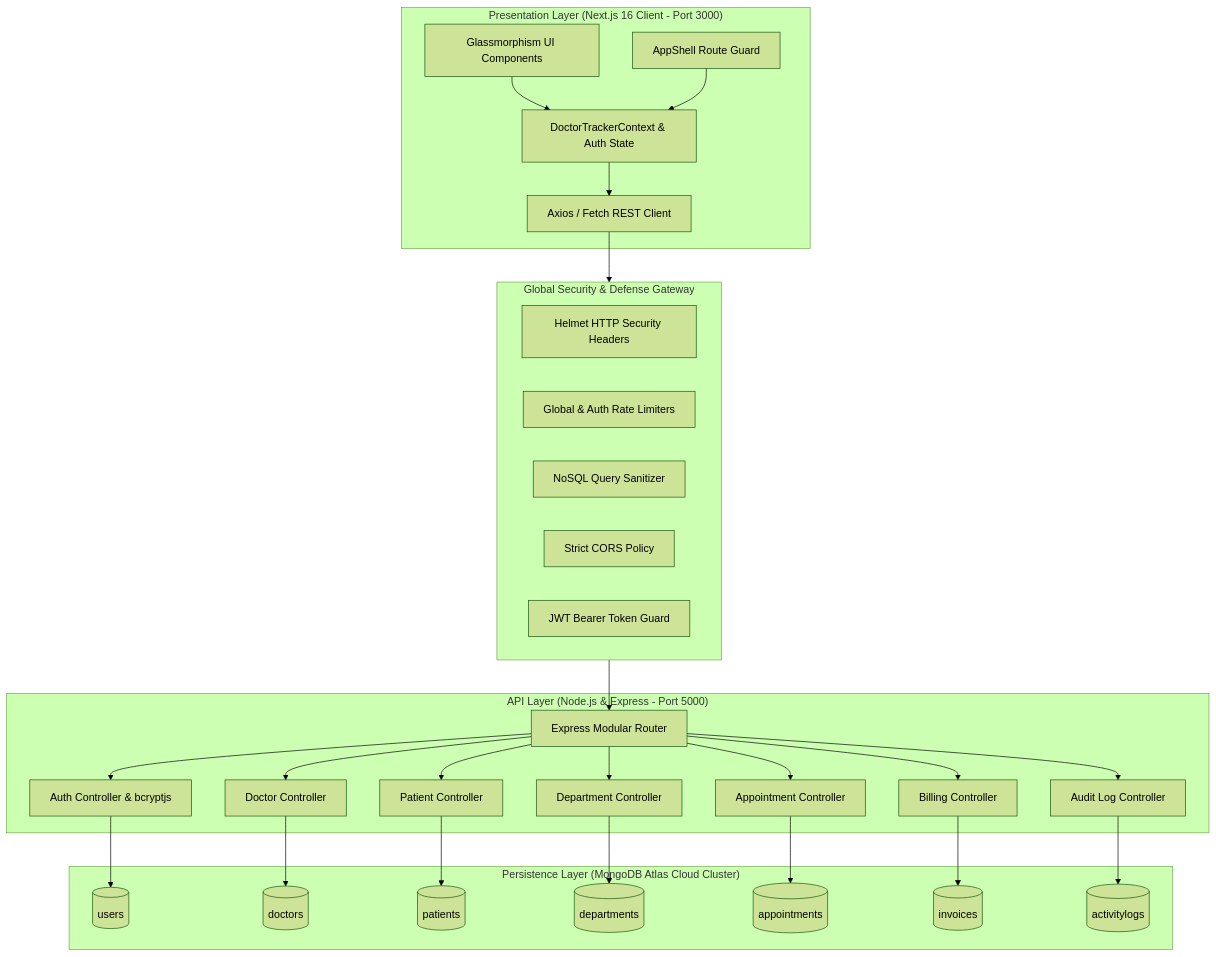
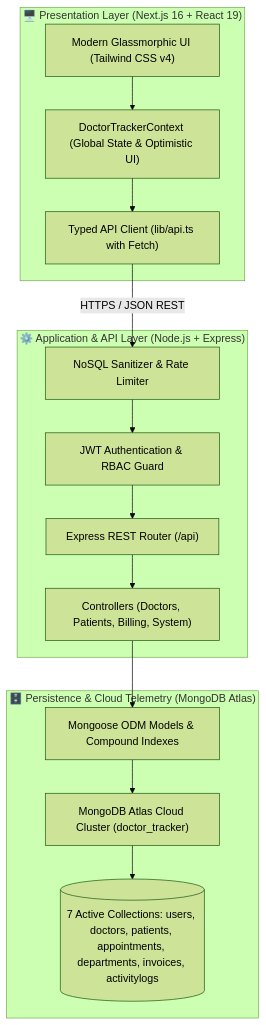
One commit to hossaintaufiq/DoctorTraker changed the diagram in README.md. Above: the diagram before and after it, drawn with Mermaid (forest theme). The commit also changed other lines of this file and 5 other files, not shown here.

````diff
--- a/README.md
+++ b/README.md
@@ -143,51 +229,32 @@
 ```mermaid
 graph TD
-    subgraph Client["Presentation Layer (Next.js 16 Client - Port 3000)"]
-        UI[Glassmorphism UI Components]
-        RouteGuard[AppShell Route Guard]
-        Context[DoctorTrackerContext & Auth State]
-        ApiClient[Axios / Fetch REST Client]
+    subgraph ClientLayer["🖥️ Presentation Layer (Next.js 16 + React 19)"]
+        UI["Modern Glassmorphic UI (Tailwind CSS v4)"]
+        Context["DoctorTrackerContext (Global State & Optimistic UI)"]
+        APIClient["Typed API Client (lib/api.ts with Fetch)"]
         UI --> Context
-        RouteGuard --> Context
-        Context --> ApiClient
+        Context --> APIClient
     end
 
-    subgraph Security["Global Security & Defense Gateway"]
-        Helmet[Helmet HTTP Security Headers]
-        RateLimit[Global & Auth Rate Limiters]
-        Sanitizer[NoSQL Query Sanitizer]
-        CORS[Strict CORS Policy]
-        JWTAuth[JWT Bearer Token Guard]
+    subgraph ServerLayer["⚙️ Application & API Layer (Node.js + Express)"]
+        Router["Express REST Router (/api)"]
+        AuthMiddleware["JWT Authentication & RBAC Guard"]
+        Sanitizer["NoSQL Sanitizer & Rate Limiter"]
+        Controllers["Controllers (Doctors, Patients, Billing, System)"]
+        
+        APIClient -->|HTTPS / JSON REST| Sanitizer
+        Sanitizer --> AuthMiddleware
+        AuthMiddleware --> Router
+        Router --> Controllers
     end
 
-    subgraph Backend["API Layer (Node.js & Express - Port 5000)"]
-        Router[Express Modular Router]
-        AuthCtrl[Auth Controller & bcryptjs]
-        DocCtrl[Doctor Controller]
-        PatCtrl[Patient Controller]
-        DeptCtrl[Department Controller]
-        AptCtrl[Appointment Controller]
-        InvCtrl[Billing Controller]
-        LogCtrl[Audit Log Controller]
+    subgraph DataLayer["🗄️ Persistence & Cloud Telemetry (MongoDB Atlas)"]
+        Mongoose["Mongoose ODM Models & Compound Indexes"]
+        Atlas["MongoDB Atlas Cloud Cluster (doctor_tracker)"]
+        Collections[("7 Active Collections: users, doctors, patients, appointments, departments, invoices, activitylogs")]
+        
+        Controllers --> Mongoose
+        Mongoose --> Atlas
+        Atlas --> Collections
     end
-
-    subgraph Database["Persistence Layer (MongoDB Atlas Cloud Cluster)"]
-        UsersCol[(users)]
-        DoctorsCol[(doctors)]
-        PatientsCol[(patients)]
-        DeptsCol[(departments)]
-        AptsCol[(appointments)]
-        InvoicesCol[(invoices)]
-        LogsCol[(activitylogs)]
-    end
-
-    ApiClient --> Security
-    Security --> Router
-    Router --> AuthCtrl --> UsersCol
-    Router --> DocCtrl --> DoctorsCol
-    Router --> PatCtrl --> PatientsCol
-    Router --> DeptCtrl --> DeptsCol
-    Router --> AptCtrl --> AptsCol
-    Router --> InvCtrl --> InvoicesCol
-    Router --> LogCtrl --> LogsCol
 ```
````
